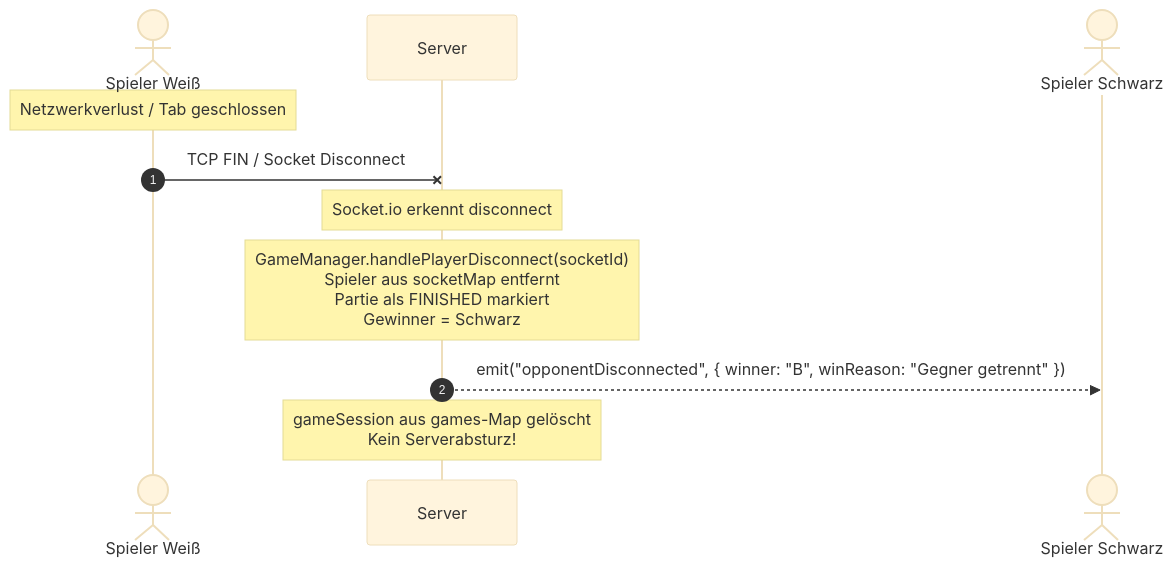
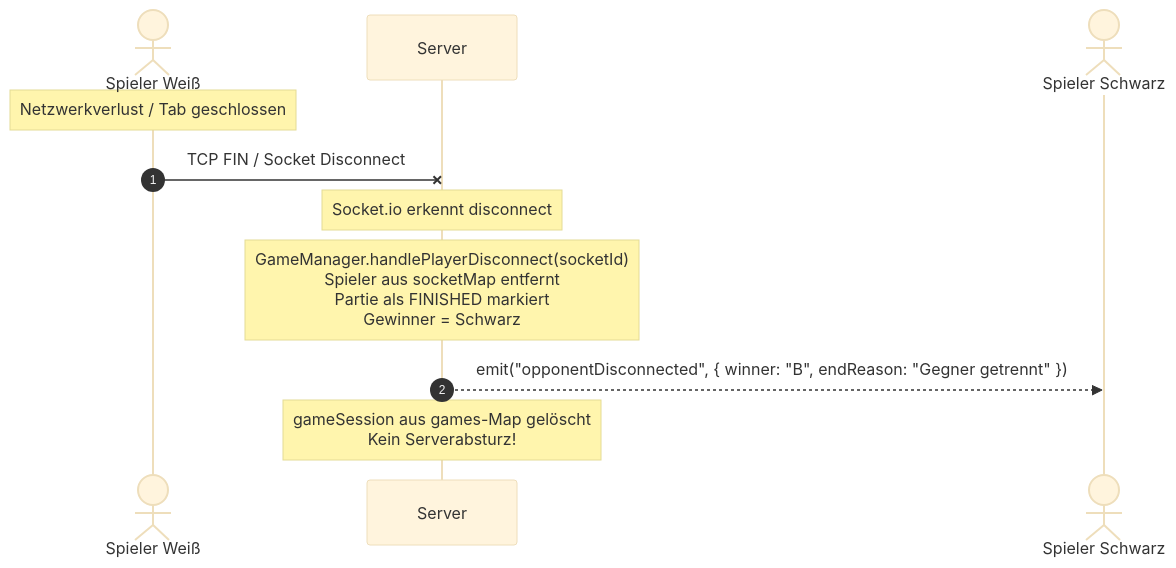
One commit to sventurbo/MuehleJS changed the eighth of 10 diagrams in Systemmodel.md. Above: the diagram before and after it, drawn with Mermaid (base theme). The commit also changed other lines of this file and 1 other file, not shown here.

````diff
--- a/Systemmodel.md
+++ b/Systemmodel.md
@@ -374,14 +384,14 @@
 ```mermaid
 sequenceDiagram
     autonumber
     actor P1 as Spieler Weiß
     participant S as Server
     actor P2 as Spieler Schwarz
 
     Note over P1: Netzwerkverlust / Tab geschlossen
     P1-xS: TCP FIN / Socket Disconnect
     Note over S: Socket.io erkennt disconnect
     Note over S: GameManager.handlePlayerDisconnect(socketId)<br/>Spieler aus socketMap entfernt<br/>Partie als FINISHED markiert<br/>Gewinner = Schwarz
-    S-->>P2: emit("opponentDisconnected", { winner: "B", winReason: "Gegner getrennt" })
+    S-->>P2: emit("opponentDisconnected", { winner: "B", endReason: "Gegner getrennt" })
     Note over S: gameSession aus games-Map gelöscht<br/>Kein Serverabsturz!
 ```
````
